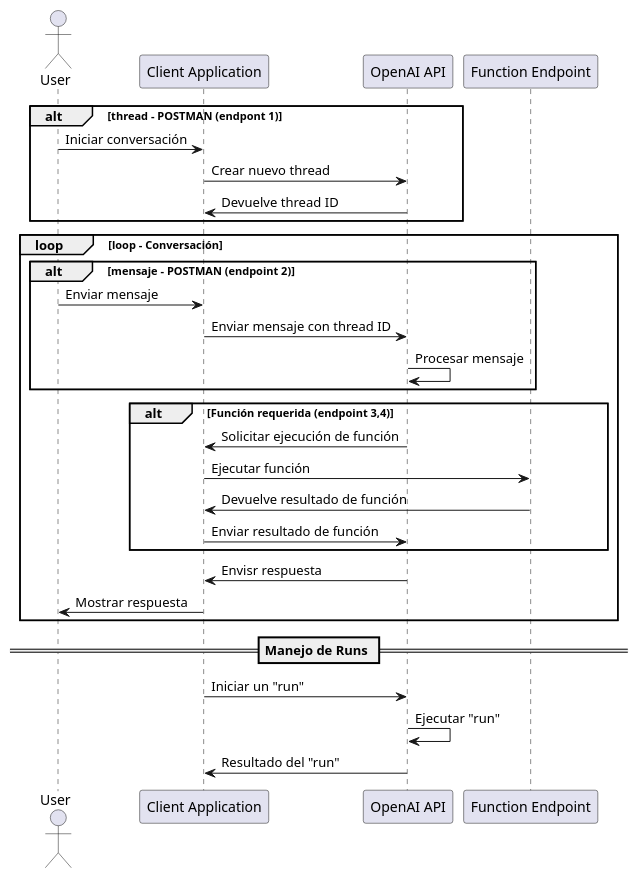
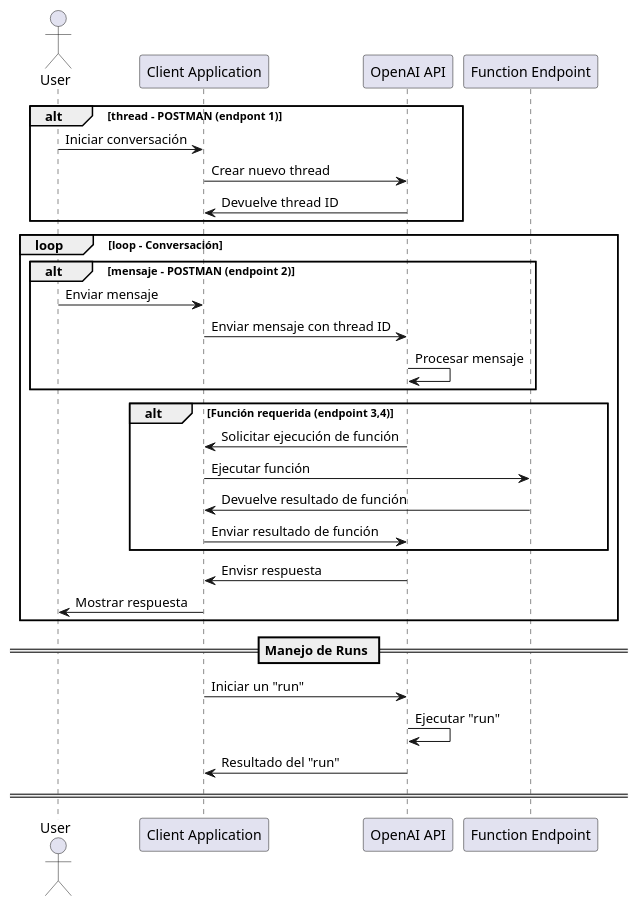
The diagram in OpenIA_Secuencia.puml (mayracondori/PR_IA), drawn with PlantUML before and after one commit. The commit also changed 33 other files, not shown here.

```diff
--- a/OpenIA_Secuencia.puml
+++ b/OpenIA_Secuencia.puml
@@ -1,36 +1,36 @@
 @startuml
 actor User
 
 participant "Client Application" as CA
 participant "OpenAI API" as API
 participant "Function Endpoint" as FE
 
 alt thread - POSTMAN (endpont 1)
     User -> CA : Iniciar conversación
     CA -> API : Crear nuevo thread
     API -> CA : Devuelve thread ID
 end
 
 loop loop - Conversación
     alt mensaje - POSTMAN (endpoint 2)
         User -> CA : Enviar mensaje
         CA -> API : Enviar mensaje con thread ID
         API -> API : Procesar mensaje
     end 
 
     alt Función requerida (endpoint 3,4)
         API -> CA : Solicitar ejecución de función
         CA -> FE : Ejecutar función
         FE -> CA : Devuelve resultado de función        
-        CA -> API : Enviar resultado de función        
+        CA -> API : Enviar resultado de función
     end
         API -> CA : Envisr respuesta
 CA -> User : Mostrar respuesta
 end 
 
 == Manejo de Runs ==
 CA -> API : Iniciar un "run"
 API -> API : Ejecutar "run"
 API -> CA : Resultado del "run"
-
+== ==
 @enduml
```
